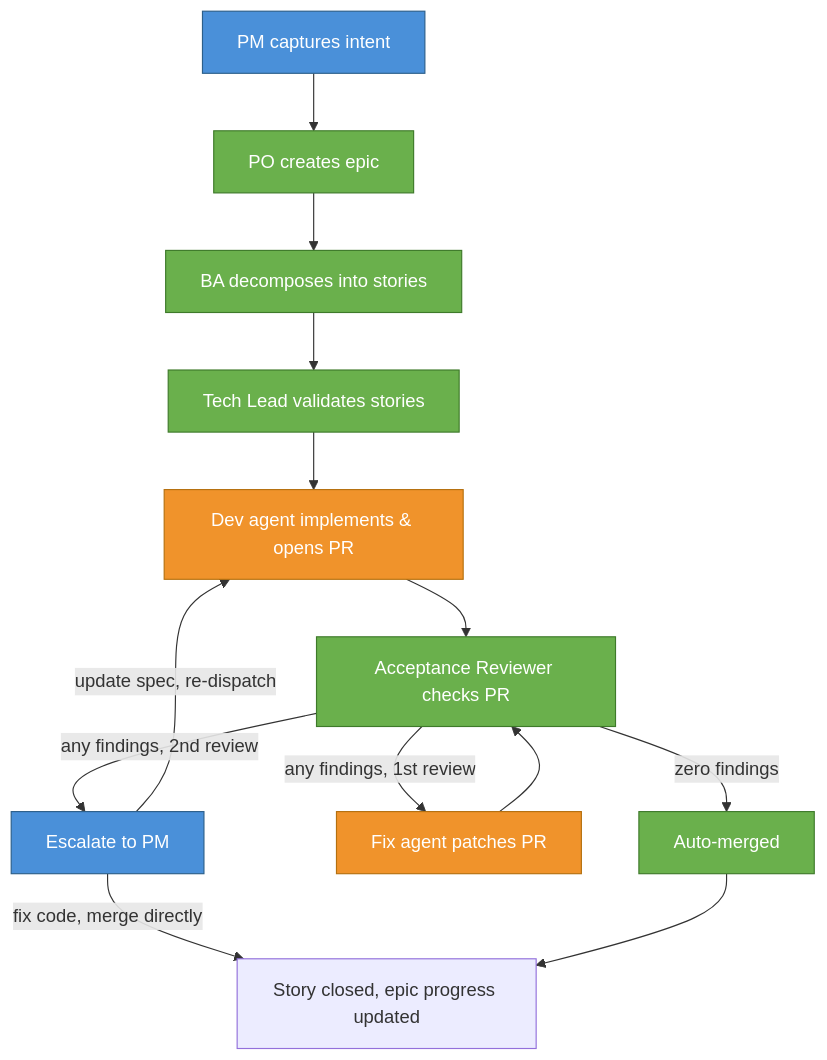
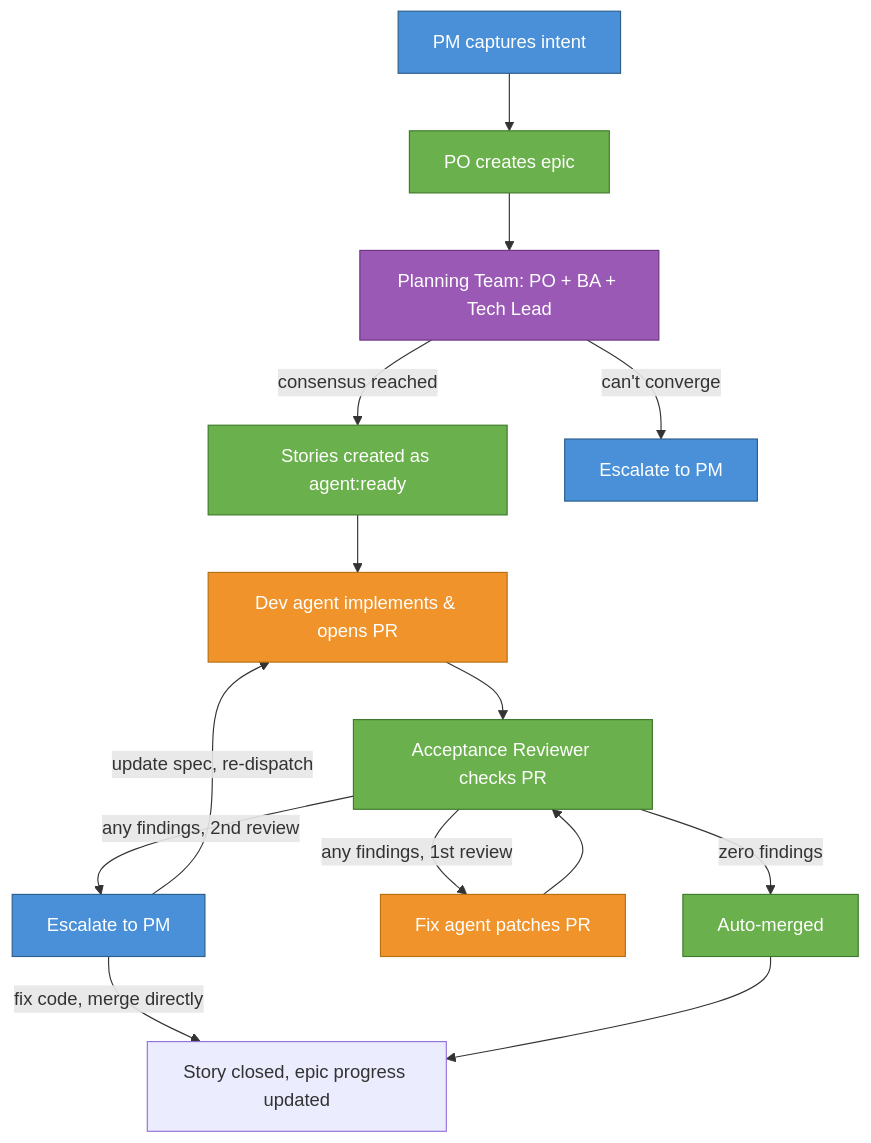
The first of 3 diagrams in docs/development/autonomous-dev-team.md (cfg-is/cfgms), drawn with Mermaid before and after one commit. The commit also changed other lines of this file and 5 other files, not shown here.

First line of the commit message:
workflow: convert planning phase to collaborative team model

````diff
--- a/docs/development/autonomous-dev-team.md
+++ b/docs/development/autonomous-dev-team.md
@@ -24,19 +24,21 @@
 ```mermaid
 flowchart TD
     PM[PM captures intent]:::human --> PO[PO creates epic]:::agent
-    PO --> BA[BA decomposes into stories]:::agent
-    BA --> TL[Tech Lead validates stories]:::agent
-    TL --> DEV[Dev agent implements & opens PR]:::container
+    PO --> TEAM[Planning Team: PO + BA + Tech Lead]:::team
+    TEAM -->|consensus reached| STORIES[Stories created as agent:ready]:::agent
+    TEAM -->|can't converge| BLOCKED_PLAN[Escalate to PM]:::human
+    STORIES --> DEV[Dev agent implements & opens PR]:::container
     DEV --> AR[Acceptance Reviewer checks PR]:::agent
     AR -->|zero findings| MERGE[Auto-merged]:::agent
     AR -->|any findings, 1st review| FIX[Fix agent patches PR]:::container
     FIX --> AR
     AR -->|any findings, 2nd review| BLOCKED[Escalate to PM]:::human
     BLOCKED -->|update spec, re-dispatch| DEV
     BLOCKED -->|fix code, merge directly| DONE
     MERGE --> DONE[Story closed, epic progress updated]
 
     classDef human fill:#4a90d9,stroke:#2c5f8a,color:#fff
     classDef agent fill:#6ab04c,stroke:#3e7a2a,color:#fff
     classDef container fill:#f0932b,stroke:#b5700f,color:#fff
+    classDef team fill:#9b59b6,stroke:#6c3483,color:#fff
 ```
````
